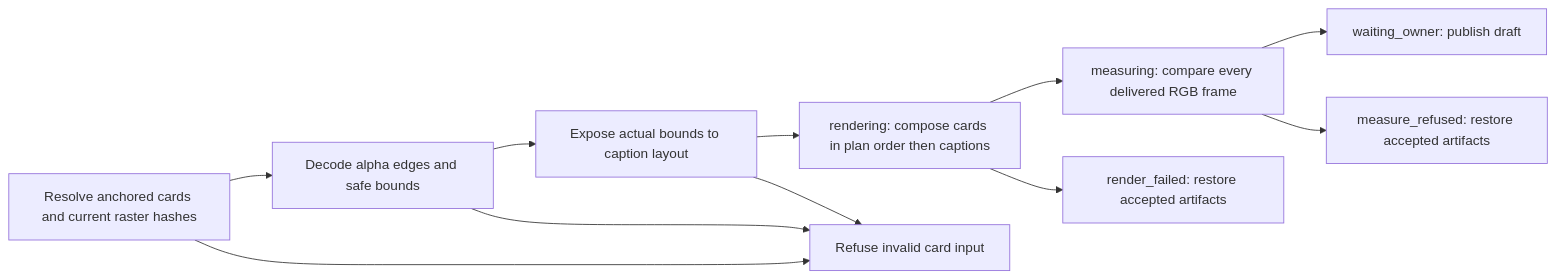
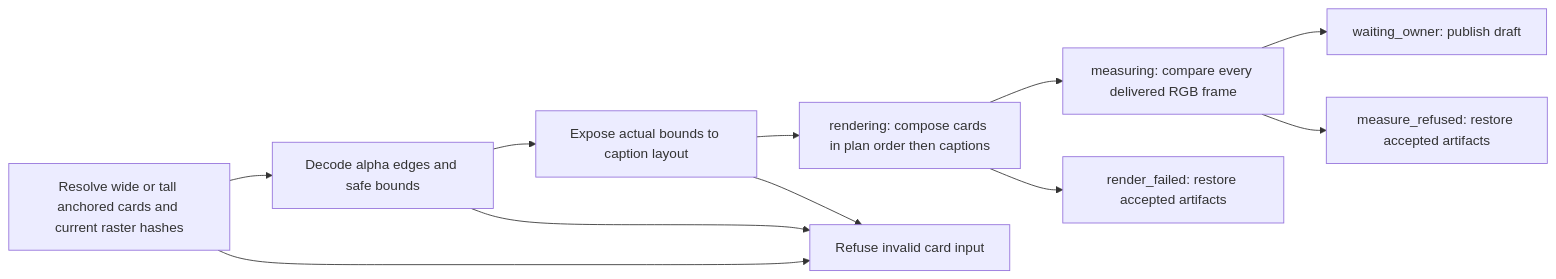
The diagram in docs/rendering-cards.md (ChrisPirillo/pirillo-studio), drawn with Mermaid before and after one commit. The commit also changed other lines of this file and 9 other files, not shown here.

````diff
--- a/docs/rendering-cards.md
+++ b/docs/rendering-cards.md
@@ -23,11 +30,11 @@
 ```mermaid
 flowchart LR
-  A[Resolve anchored cards and current raster hashes] --> B[Decode alpha edges and safe bounds]
+  A[Resolve wide or tall anchored cards and current raster hashes] --> B[Decode alpha edges and safe bounds]
   B --> C[Expose actual bounds to caption layout]
   C --> D[rendering: compose cards in plan order then captions]
   D --> E[measuring: compare every delivered RGB frame]
   E --> F[waiting_owner: publish draft]
   A & B & C --> G[Refuse invalid card input]
   D --> H[render_failed: restore accepted artifacts]
   E --> I[measure_refused: restore accepted artifacts]
 ```
````
